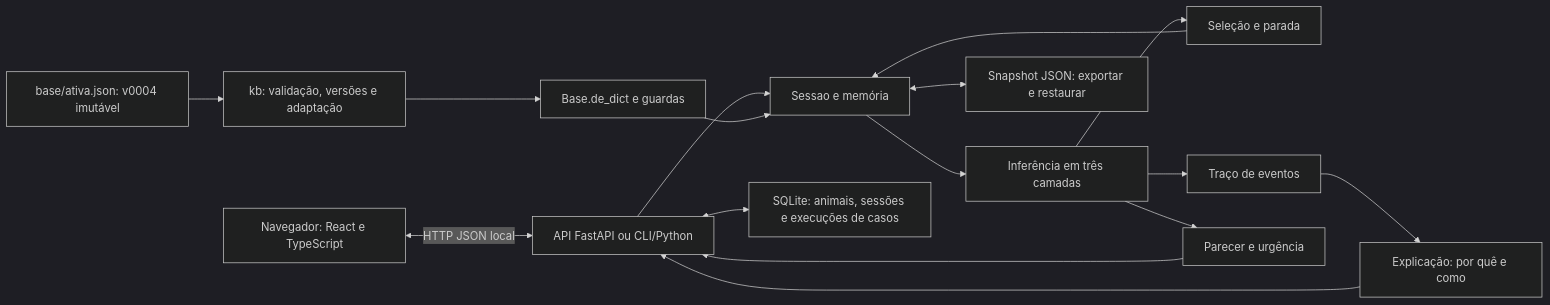
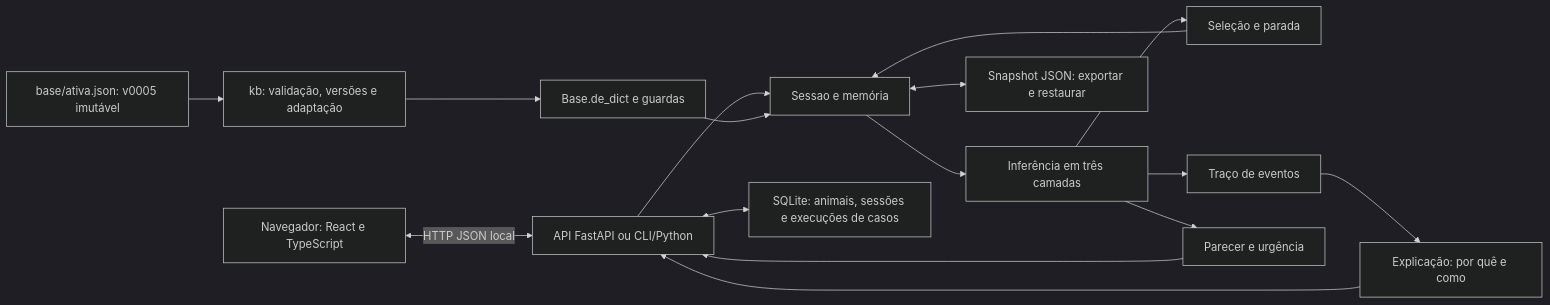
One commit to Caio-Augusto-Paiva/HackAthon changed the diagram in docs/entrega/02-arquitetura.md. Above: the diagram before and after it, drawn with Mermaid (dark theme). The commit also changed other lines of this file and 200 other files, not shown here.

````diff
--- a/docs/entrega/02-arquitetura.md
+++ b/docs/entrega/02-arquitetura.md
@@ -7,18 +7,18 @@
 ```mermaid
 flowchart LR
     W[Navegador: React e TypeScript] <-->|HTTP JSON local| C
-    J[base/ativa.json: v0004 imutável] --> K[kb: validação, versões e adaptação]
+    J[base/ativa.json: v0005 imutável] --> K[kb: validação, versões e adaptação]
     K --> V[Base.de_dict e guardas]
     C[API FastAPI ou CLI/Python] --> S[Sessao e memória]
     V --> S
     S --> I[Inferência em três camadas]
     I --> Q[Seleção e parada]
     Q --> S
     I --> T[Traço de eventos]
     T --> E[Explicação: por quê e como]
     I --> P[Parecer e urgência]
     E --> C
     P --> C
     S <--> R[Snapshot JSON: exportar e restaurar]
     C <--> D[SQLite: animais, sessões e execuções de casos]
 ```
````
